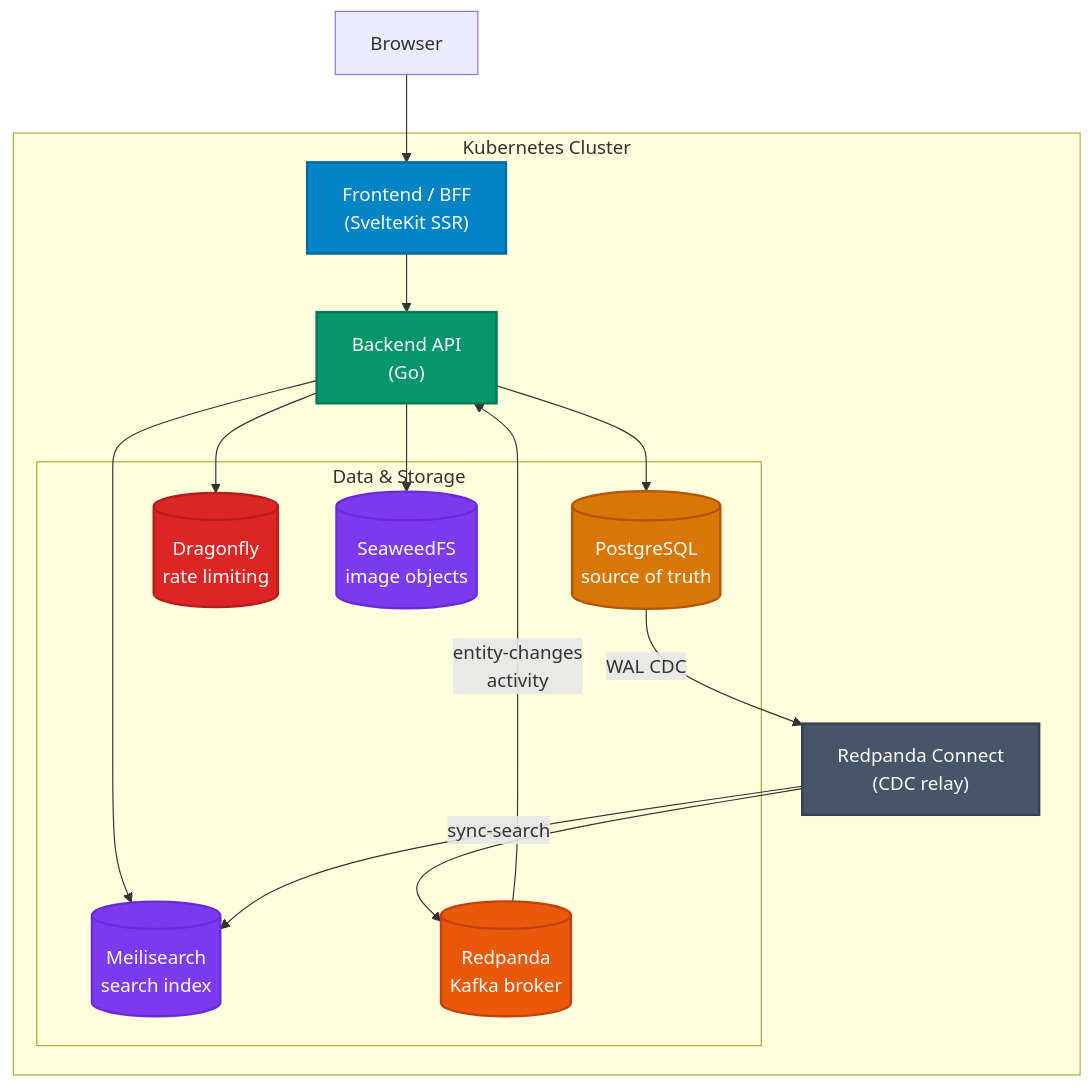
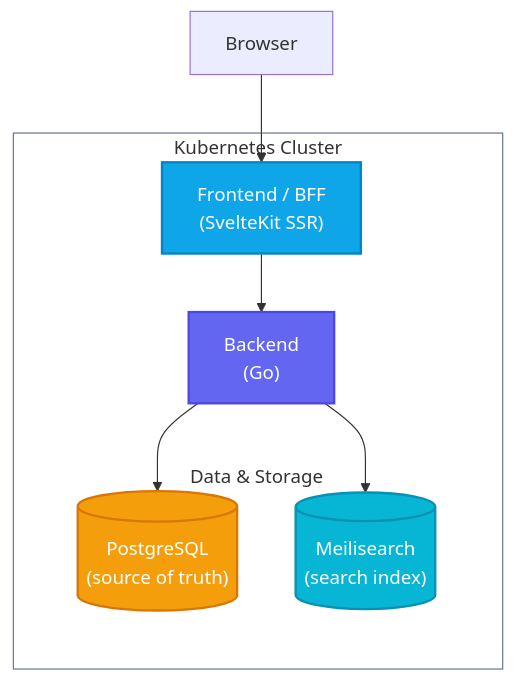
The diagram in README.md (robbdimitrov/pixelgram), drawn with Mermaid before and after one commit. The commit also changed other lines of this file, not shown here.

Commit message:
docs(readme): update architecture diagram

````diff
--- a/README.md
+++ b/README.md
@@ -23,38 +23,26 @@
 ```mermaid
 graph TD
     Browser["Browser"]
 
     subgraph cluster ["Kubernetes Cluster"]
         Web["Frontend / BFF<br>(SvelteKit SSR)"]:::frontend
-        API["Backend API<br>(Go)"]:::backend
+        API["Backend<br>(Go)"]:::backend
 
         subgraph data ["Data & Storage"]
-            DB[("PostgreSQL<br>source of truth")]:::database
-            Cache[("Dragonfly<br>rate limiting")]:::cache
-            Blob[("SeaweedFS<br>image objects")]:::storage
-            Search[("Meilisearch<br>search index")]:::storage
-            Broker[("Redpanda<br>Kafka broker")]:::broker
+            DB[("PostgreSQL<br>(source of truth)")]:::database
+            Search[("Meilisearch<br>(search index)")]:::search
         end
-        Connect["Redpanda Connect<br>(CDC relay)"]:::relay
     end
 
     Browser --> Web
     Web --> API
-    
-    API --> DB & Cache & Blob & Search
-    
-    DB -->|WAL CDC| Connect
-    Connect --> Broker
-    Broker -->|entity-changes<br>activity| API
-    Connect -->|sync-search| Search
+    API --> DB & Search
 
-    %% Standardized Accessible Color Palette
-    classDef frontend fill:#0284c7,stroke:#0369a1,stroke-width:2px,color:#fff
-    classDef gateway fill:#4f46e5,stroke:#4338ca,stroke-width:2px,color:#fff
-    classDef backend fill:#059669,stroke:#047857,stroke-width:2px,color:#fff
-    classDef database fill:#d97706,stroke:#b45309,stroke-width:2px,color:#fff
-    classDef cache fill:#dc2626,stroke:#b91c1c,stroke-width:2px,color:#fff
-    classDef broker fill:#ea580c,stroke:#c2410c,stroke-width:2px,color:#fff
-    classDef storage fill:#7c3aed,stroke:#6d28d9,stroke-width:2px,color:#fff
-    classDef relay fill:#475569,stroke:#334155,stroke-width:2px,color:#fff
+    classDef frontend fill:#0ea5e9,stroke:#0284c7,stroke-width:2px,color:#fff
+    classDef backend fill:#6366f1,stroke:#4f46e5,stroke-width:2px,color:#fff
+    classDef database fill:#f59e0b,stroke:#d97706,stroke-width:2px,color:#fff
+    classDef search fill:#06b6d4,stroke:#0891b2,stroke-width:2px,color:#fff
+
+    style cluster fill:transparent,stroke:#64748b
+    style data fill:transparent,stroke:transparent
 ```
````
